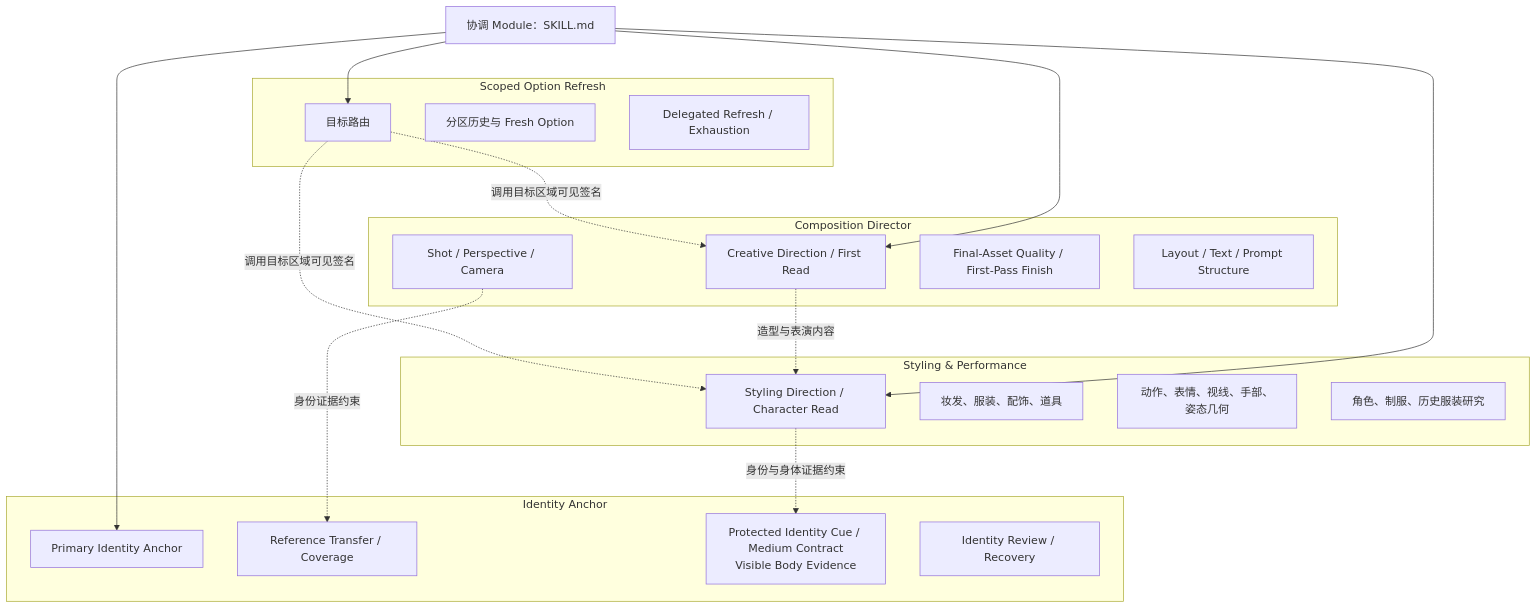
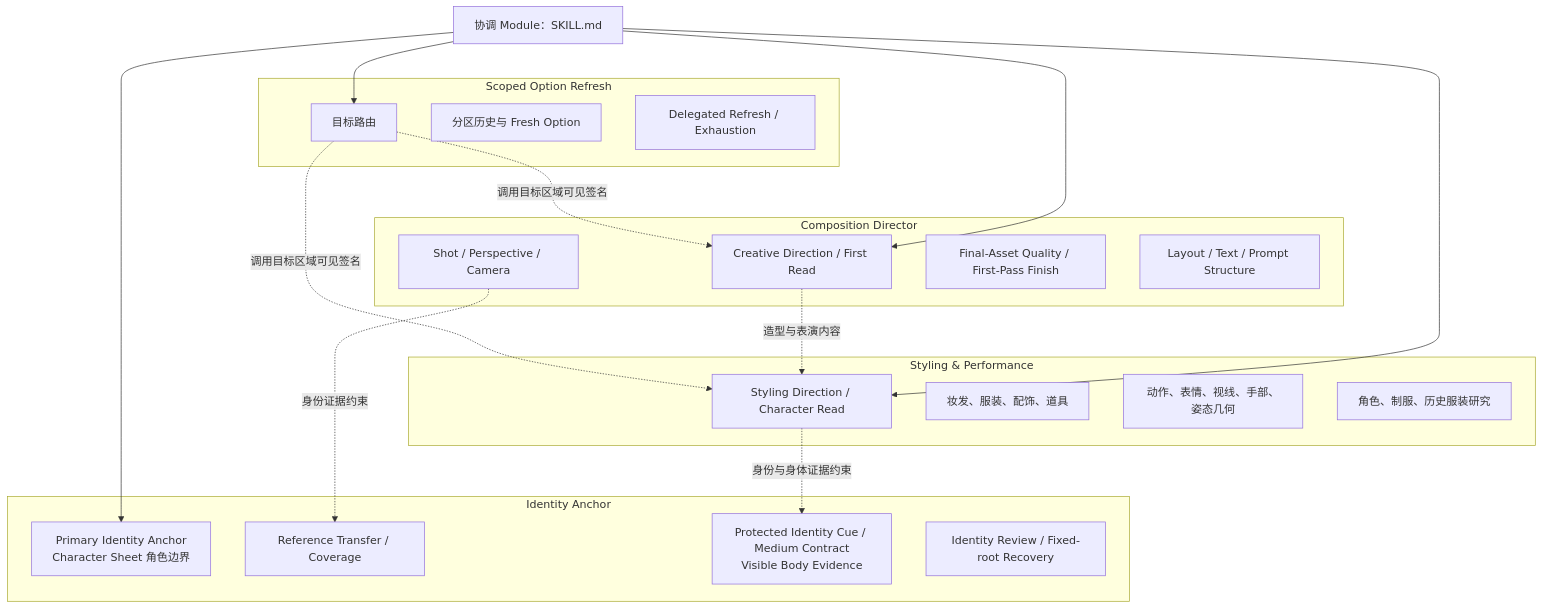
One commit to cyaoc/cast-me changed the second of 13 diagrams in docs/architecture.md. Above: the diagram before and after it, drawn with Mermaid. The commit also changed other lines of this file and 6 other files, not shown here.

Commit message:
feat: anchor drawn applications to one character sheet

````diff
--- a/docs/architecture.md
+++ b/docs/architecture.md
@@ -64,41 +64,41 @@
 ```mermaid
 flowchart TB
     K["协调 Module：SKILL.md"]
 
     subgraph ID["Identity Anchor"]
-        I1["Primary Identity Anchor"]
+        I1["Primary Identity Anchor<br/>Character Sheet 角色边界"]
         I2["Reference Transfer / Coverage"]
         I3["Protected Identity Cue / Medium Contract<br/>Visible Body Evidence"]
-        I4["Identity Review / Recovery"]
+        I4["Identity Review / Fixed-root Recovery"]
     end
 
     subgraph COMP["Composition Director"]
         C1["Creative Direction / First Read"]
         C2["Shot / Perspective / Camera"]
         C3["Final-Asset Quality / First-Pass Finish"]
         C4["Layout / Text / Prompt Structure"]
     end
 
     subgraph STYLE["Styling & Performance"]
         S1["Styling Direction / Character Read"]
         S2["妆发、服装、配饰、道具"]
         S3["动作、表情、视线、手部、姿态几何"]
         S4["角色、制服、历史服装研究"]
     end
 
     subgraph REFRESH["Scoped Option Refresh"]
         R1["目标路由"]
         R2["分区历史与 Fresh Option"]
         R3["Delegated Refresh / Exhaustion"]
     end
 
     K --> I1
     K --> C1
     K --> S1
     K --> R1
     C2 -.身份证据约束.-> I2
     S1 -.身份与身体证据约束.-> I3
     C1 -.造型与表演内容.-> S1
     R1 -.调用目标区域可见签名.-> C1
     R1 -.调用目标区域可见签名.-> S1
 ```
````
